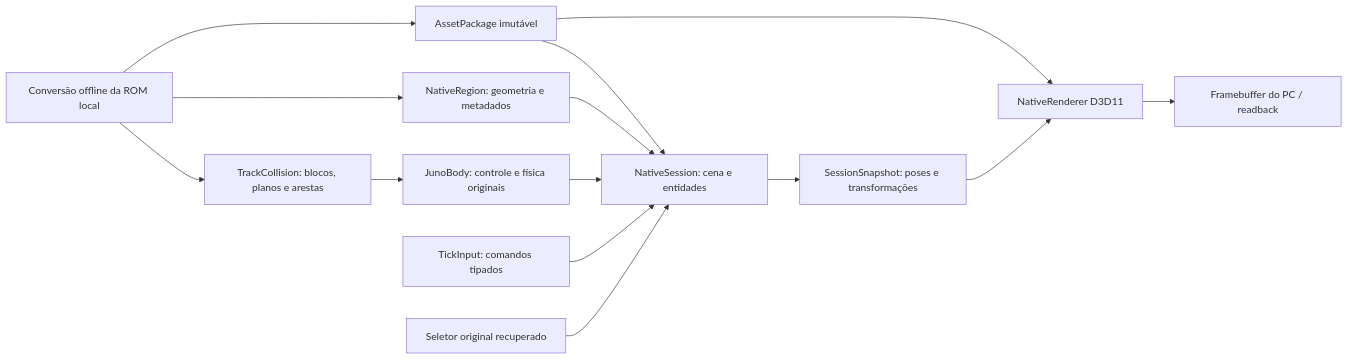
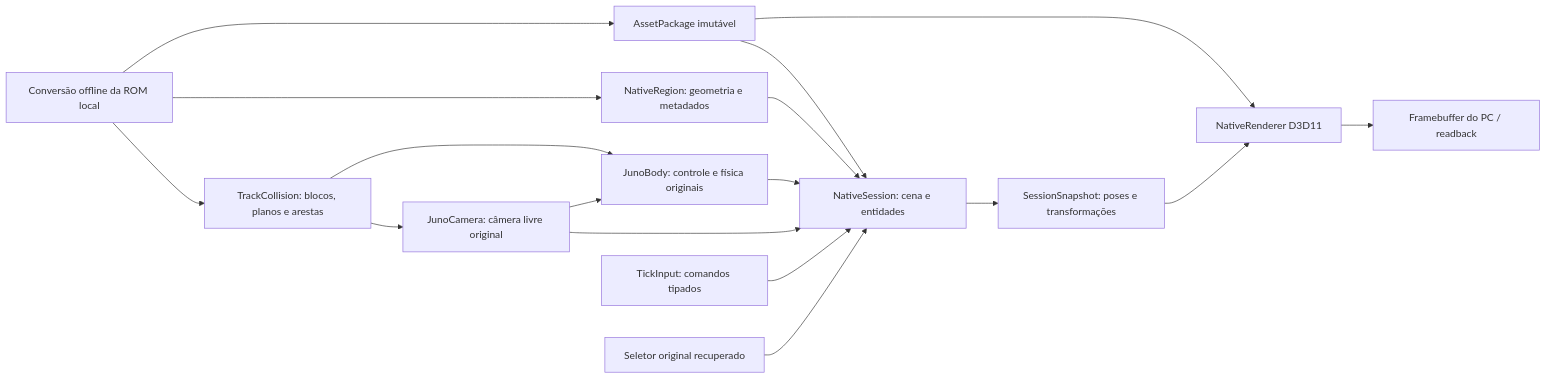
Before and after one commit to thiagoribeiro269/Jet-Force-Gemini: the second of 2 diagrams in port/native/ARCHITECTURE.md, drawn with Mermaid. The commit also changed other lines of this file and 19 other files, not shown here.

First line of the commit message:
Porta a câmera livre original do Juno em Forest First

````diff
--- a/port/native/ARCHITECTURE.md
+++ b/port/native/ARCHITECTURE.md
@@ -65,16 +66,19 @@
 ```mermaid
 flowchart LR
     A[Conversão offline da ROM local] --> B[AssetPackage imutável]
     B --> C[NativeSession: cena e entidades]
     A --> R[NativeRegion: geometria e metadados]
     R --> C
     A --> T[TrackCollision: blocos, planos e arestas]
     T --> K[JunoBody: controle e física originais]
     K --> C
+    T --> L[JunoCamera: câmera livre original]
+    L --> K
+    L --> C
     I[TickInput: comandos tipados] --> C
     J[Seletor original recuperado] --> C
     C --> D[SessionSnapshot: poses e transformações]
     B --> E[NativeRenderer D3D11]
     D --> E
     E --> F[Framebuffer do PC / readback]
 ```
````
